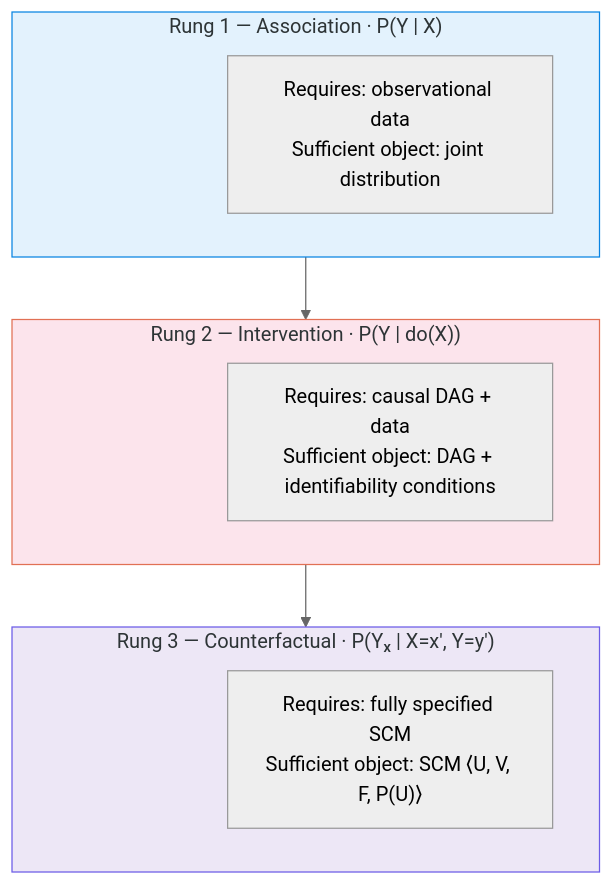
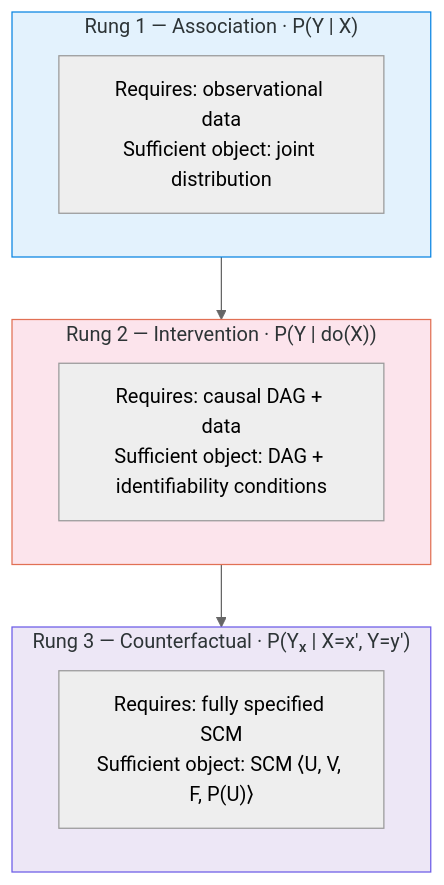
Before and after one commit to dimitarpg13/agentic_architectures_and_design_patterns: the second of 16 diagrams in notebooks/causal_inference/building_SCM.md, drawn with Mermaid (neutral theme). The commit also changed other lines of this file, not shown here.

Commit message:
update md

````diff
--- a/notebooks/causal_inference/building_SCM.md
+++ b/notebooks/causal_inference/building_SCM.md
@@ -81,26 +77,20 @@
 ```mermaid
 graph TD
-    subgraph Rung1["Rung 1 — Association · P(Y | X)"]
-        R1_pad[ ] ~~~ R1
+    subgraph Rung1["Rung 1 — Association · P(Y | X)<br/>&nbsp;"]
         R1["Requires: observational data<br/>Sufficient object: joint distribution"]
     end
 
-    subgraph Rung2["Rung 2 — Intervention · P(Y | do(X))"]
-        R2_pad[ ] ~~~ R2
+    subgraph Rung2["Rung 2 — Intervention · P(Y | do(X))<br/>&nbsp;"]
         R2["Requires: causal DAG + data<br/>Sufficient object: DAG + identifiability conditions"]
     end
 
-    subgraph Rung3["Rung 3 — Counterfactual · P(Yₓ | X=x', Y=y')"]
-        R3_pad[ ] ~~~ R3
+    subgraph Rung3["Rung 3 — Counterfactual · P(Yₓ | X=x', Y=y')<br/>&nbsp;"]
         R3["Requires: fully specified SCM<br/>Sufficient object: SCM ⟨U, V, F, P(U)⟩"]
     end
 
     Rung1 --> Rung2 --> Rung3
 
-    style R1_pad fill:none,stroke:none,color:none
-    style R2_pad fill:none,stroke:none,color:none
-    style R3_pad fill:none,stroke:none,color:none
     style Rung1 fill:#e3f2fd,stroke:#0984e3,color:#2d3436
     style Rung2 fill:#fce4ec,stroke:#e17055,color:#2d3436
     style Rung3 fill:#ede7f6,stroke:#6c5ce7,color:#2d3436
 ```
````
